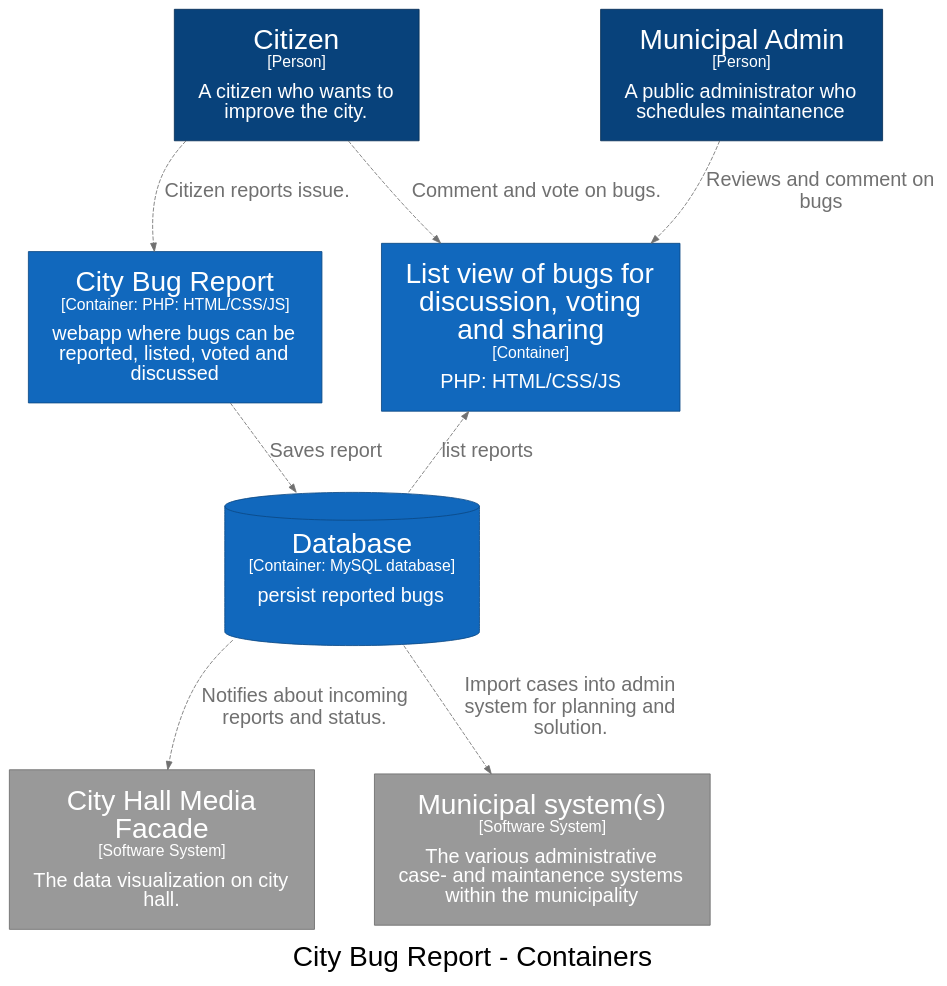
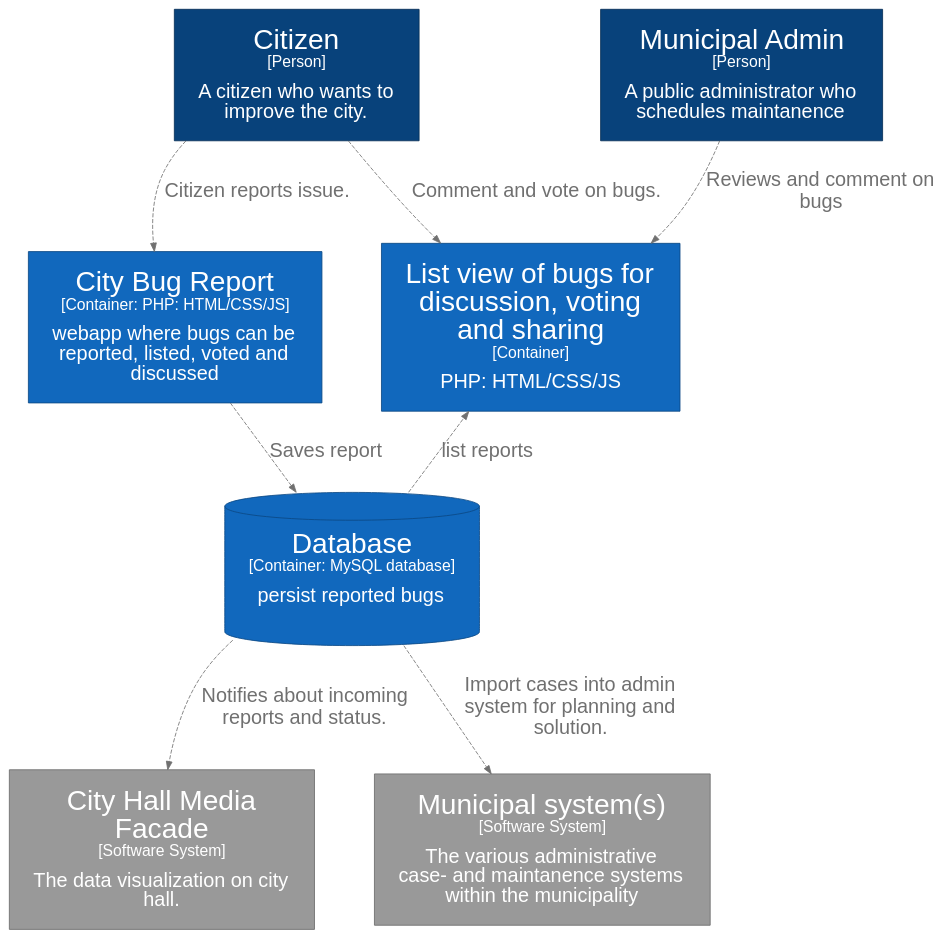
One commit to henrikkorsgaard/henrikkorsgaard.github.io changed the diagram in things/cbr-platform.qmd. Above: the diagram before and after it, drawn with Graphviz. The commit also changed 26 other files, not shown here.

````diff
--- a/things/cbr-platform.qmd
+++ b/things/cbr-platform.qmd
@@ -46,48 +46,47 @@
 ```{dot}
 //| label: fig-container
 //| fig-cap: Container View of the City Bug Report implementation (the integration into the municipal system is only conceptual)
 
 digraph {
   compound=true
   graph [fontname="Arial", rankdir=TB, ranksep=1.0, nodesep=1.0]
   node [fontname="Arial", shape=box, margin="0.4,0.3"]
   edge [fontname="Arial"]
-  label=<<br /><font point-size="34">City Bug Report - Containers</font>>
 
   { rank=same 1 2 }
 
   { rank=same 4 5 }
 
   { rank=same 6 }
 
   { rank=same 7 8 }
 
  
   1 [id=1,shape=rect, label=<<font point-size="34">Citizen</font><br /><font point-size="19">[Person]</font><br /><br /><font point-size="24">A citizen who wants to<br />improve the city.</font>>, style=filled, color="#052e56", fillcolor="#08427b", fontcolor="#ffffff"]
   2 [id=2,shape=rect, label=<<font point-size="34">Municipal Admin</font><br /><font point-size="19">[Person]</font><br /><br /><font point-size="24">A public administrator who<br />schedules maintanence</font>>, style=filled, color="#052e56", fillcolor="#08427b", fontcolor="#ffffff"]
   7 [id=7,shape=rect, label=<<font point-size="34">City Hall Media<br />Facade</font><br /><font point-size="19">[Software System]</font><br /><br /><font point-size="24">The data visualization on city<br />hall.</font>>, style=filled, color="#6b6b6b", fillcolor="#999999", fontcolor="#ffffff"]
   8 [id=8,shape=rect, label=<<font point-size="34">Municipal system(s)</font><br /><font point-size="19">[Software System]</font><br /><br /><font point-size="24">The various administrative<br />case- and maintanence systems<br />within the municipality</font>>, style=filled, color="#6b6b6b", fillcolor="#999999", fontcolor="#ffffff"]
 
   subgraph cluster_3 {
     margin=25
     label=<<font point-size="24"><br />City Bug Report</font><br /><font point-size="19">[Software System]</font>>
     labelloc=b
     color="#444444"
     fontcolor="#444444"
     fillcolor="#444444"
 
     4 [id=4,shape=rect, label=<<font point-size="34">City Bug Report</font><br /><font point-size="19">[Container: PHP: HTML/CSS/JS]</font><br /><br /><font point-size="24">webapp where bugs can be<br />reported, listed, voted and<br />discussed</font>>, style=filled, color="#0b4884", fillcolor="#1168bd", fontcolor="#ffffff"]
     5 [id=5,shape=rect, label=<<font point-size="34">List view of bugs for<br />discussion, voting<br />and sharing</font><br /><font point-size="19">[Container]</font><br /><br /><font point-size="24">PHP: HTML/CSS/JS</font>>, style=filled, color="#0b4884", fillcolor="#1168bd", fontcolor="#ffffff"]
     6 [id=6,shape=cylinder, label=<<font point-size="34">Database</font><br /><font point-size="19">[Container: MySQL database]</font><br /><br /><font point-size="24">persist reported bugs</font>>, style=filled, color="#0b4884", fillcolor="#1168bd", fontcolor="#ffffff"]
   }
 
   1 -> 5 [id=11, label=<<font point-size="24">Comment and vote on bugs.</font>>, style="dashed", color="#707070", fontcolor="#707070"]
   2 -> 5 [id=12, label=<<font point-size="24">Reviews and comment on<br />bugs</font>>, style="dashed", color="#707070", fontcolor="#707070"]
   4 -> 6 [id=14, label=<<font point-size="24">Saves report</font>>, style="dashed", color="#707070", fontcolor="#707070"]
   6 -> 5 [id=15, label=<<font point-size="24">list reports</font>>, style="dashed", color="#707070", fontcolor="#707070"]
   6 -> 8 [id=16, label=<<font point-size="24">Import cases into admin<br />system for planning and<br />solution.</font>>, style="dashed", color="#707070", fontcolor="#707070"]
   6 -> 7 [id=18, label=<<font point-size="24">Notifies about incoming<br />reports and status.</font>>, style="dashed", color="#707070", fontcolor="#707070"]
   1 -> 4 [id=9, label=<<font point-size="24">Citizen reports issue.</font>>, style="dashed", color="#707070", fontcolor="#707070"]
 }
  
 ```
````
